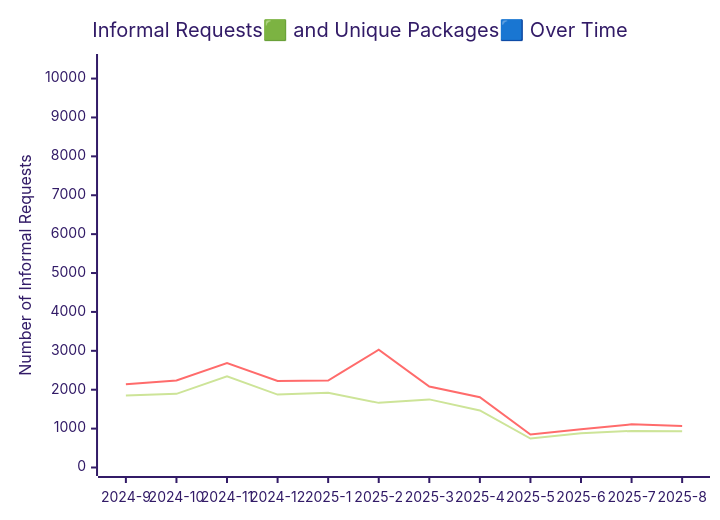
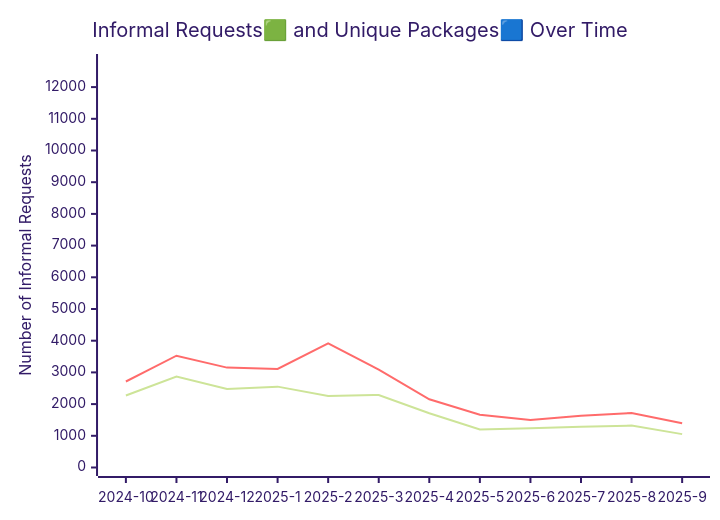
Before and after one commit to PatLittle/analytics-corporate-reporting: the diagram in ATI_INFORMAL_REPORT/readme.md, drawn with Mermaid (forest theme). The commit also changed other lines of this file and 5 other files, not shown here.

````diff
--- a/ATI_INFORMAL_REPORT/readme.md
+++ b/ATI_INFORMAL_REPORT/readme.md
@@ -4,11 +4,11 @@
 ```mermaid
 
 xychart-beta
     title "Informal Requests🟩 and Unique Packages🟦 Over Time"
-    x-axis [2024-9, 2024-10, 2024-11, 2024-12, 2025-1, 2025-2, 2025-3, 2025-4, 2025-5, 2025-6, 2025-7, 2025-8]
-    y-axis "Unique Packages" 0 --> 8990
-    y-axis "Number of Informal Requests" 0 --> 10413
+    x-axis [2024-10, 2024-11, 2024-12, 2025-1, 2025-2, 2025-3, 2025-4, 2025-5, 2025-6, 2025-7, 2025-8, 2025-9]
+    y-axis "Unique Packages" 0 --> 10093
+    y-axis "Number of Informal Requests" 0 --> 12776
 
-    line [1849, 1893, 2347, 1874, 1919, 1662, 1751, 1467, 744, 882, 941, 930]
-    line [2138, 2236, 2688, 2223, 2237, 3027, 2080, 1808, 849, 982, 1109, 1070]
+    line [2271, 2866, 2479, 2551, 2259, 2289, 1711, 1201, 1240, 1283, 1321, 1053]
+    line [2713, 3526, 3151, 3108, 3916, 3088, 2153, 1666, 1499, 1635, 1720, 1399]
 ```
````
